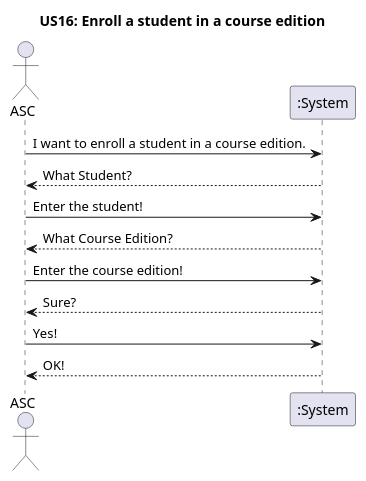
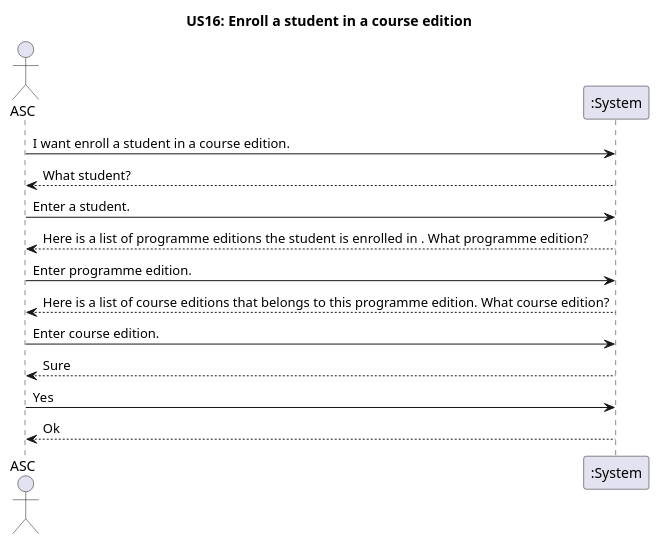
The diagram in docs/US16/US16_EnrollAStudentInACourseEdition_SSD.puml (GasparISEP/DevOps-PAI), drawn with PlantUML before and after one commit.

Commit message:
refactor of US16_Enroll a student in a courseEdition SSD

```diff
--- a/docs/US16/US16_EnrollAStudentInACourseEdition_SSD.puml
+++ b/docs/US16/US16_EnrollAStudentInACourseEdition_SSD.puml
@@ -1,15 +1,16 @@
 @startuml
 title US16: Enroll a student in a course edition
 actor ASC
 participant ":System" as System
-ASC -> System: I want to enroll a student in a course edition.
-System --> ASC: What Student?
-ASC -> System: Enter the student!
-System --> ASC: What Course Edition?
-ASC -> System: Enter the course edition!
-System --> ASC: Sure?
-ASC -> System: Yes!
-System --> ASC: OK!
-
+ASC -> System: I want enroll a student in a course edition.
+System --> ASC: What student?
+ASC -> System: Enter a student.
+System --> ASC: Here is a list of programme editions the student is enrolled in . What programme edition?
+ASC -> System: Enter programme edition.
+System --> ASC: Here is a list of course editions that belongs to this programme edition. What course edition?
+ASC -> System: Enter course edition.
+System --> ASC: Sure
+ASC -> System: Yes
+System --> ASC: Ok
 
 @enduml
```
